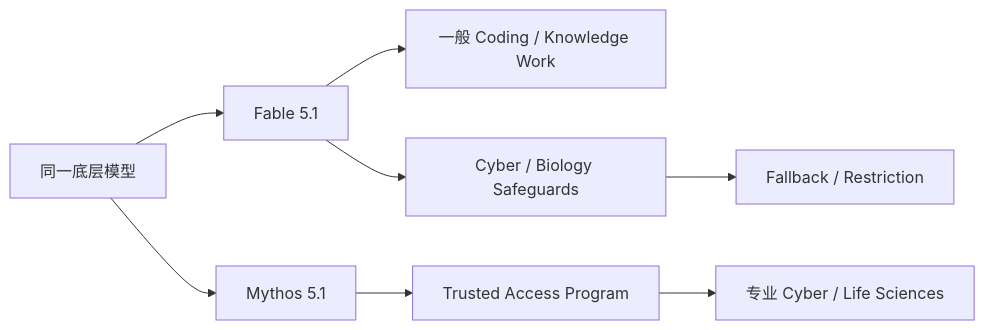
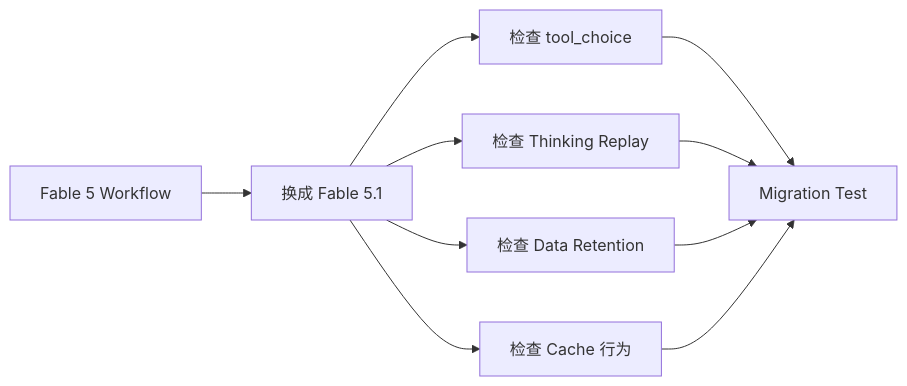
The fourth of 24 diagrams in 260902.md (wlf186/ai-daily-headlines), drawn with Mermaid before and after one commit. The commit also changed other lines of this file, not shown here.

````diff
--- a/260902.md
+++ b/260902.md
@@ -169,10 +183,12 @@
 ```mermaid
 flowchart LR
-    FM1[同一底层模型] --> FM2[Fable 5.1]
-    FM1 --> FM3[Mythos 5.1]
-    FM2 --> FM4[一般 Coding / Knowledge Work]
-    FM2 --> FM5[Cyber / Biology Safeguards]
-    FM5 --> FM6[Fallback / Restriction]
-    FM3 --> FM7[Trusted Access Program]
-    FM7 --> FM8[专业 Cyber / Life Sciences]
+    FM1[Fable 5 Workflow] --> FM2[换成 Fable 5.1]
+    FM2 --> FM3[检查 tool_choice]
+    FM2 --> FM4[检查 Thinking Replay]
+    FM2 --> FM5[检查 Data Retention]
+    FM2 --> FM6[检查 Cache 行为]
+    FM3 --> FM7[Migration Test]
+    FM4 --> FM7
+    FM5 --> FM7
+    FM6 --> FM7
 ```
````
